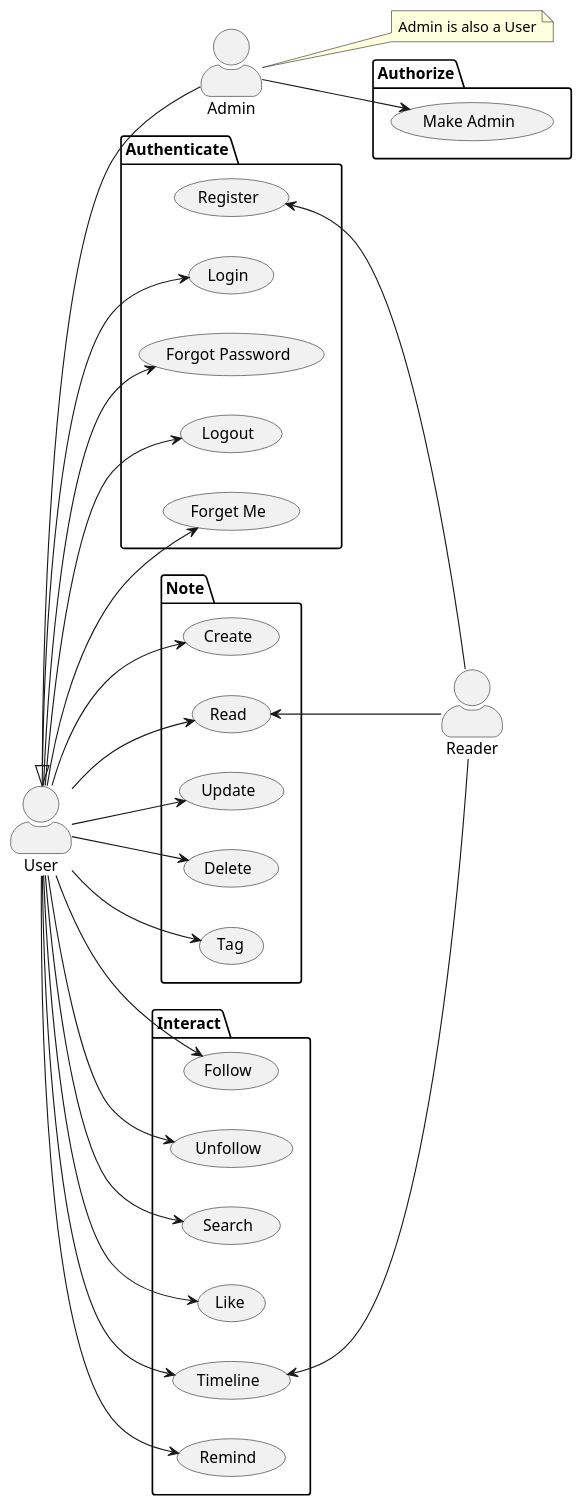
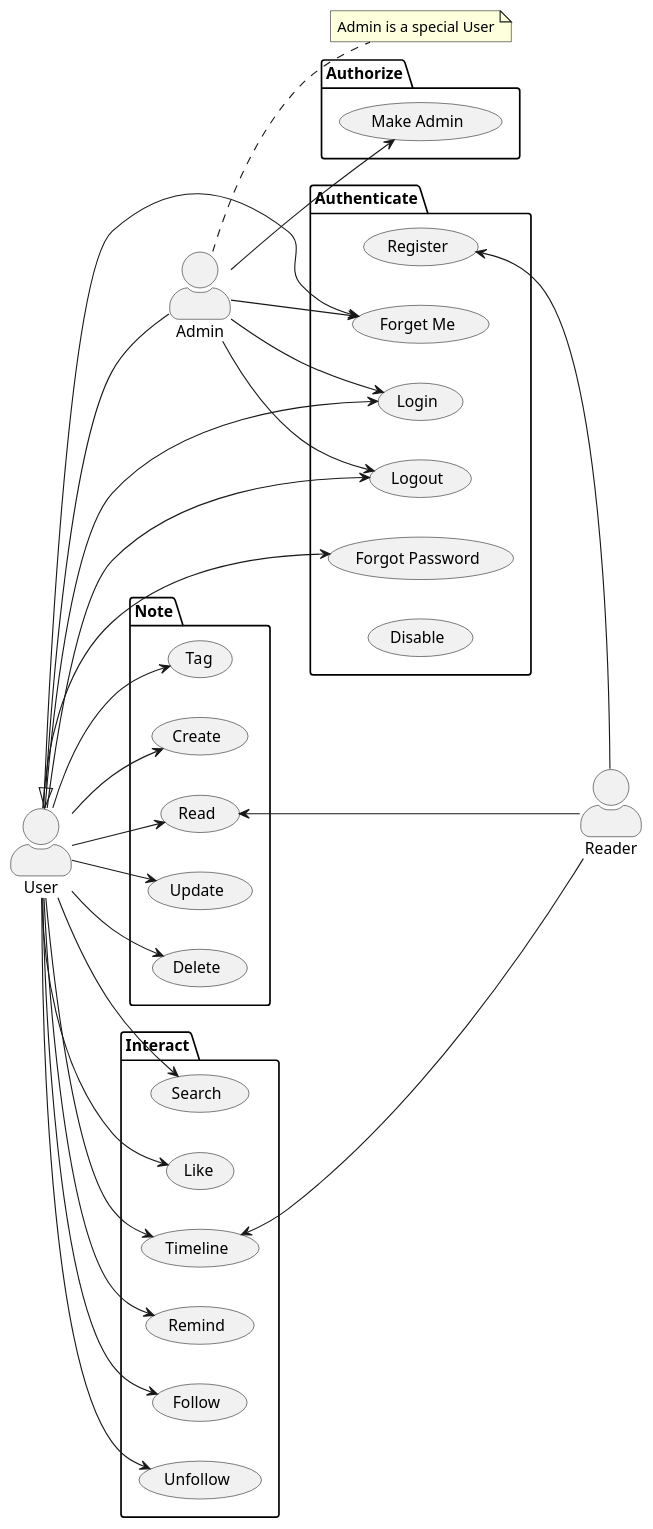
Before and after one commit to jvorhauer/noviaal: the diagram in documentatie/FO/use-cases.puml, drawn with PlantUML. The commit also changed 31 other files, not shown here.

```diff
--- a/documentatie/FO/use-cases.puml
+++ b/documentatie/FO/use-cases.puml
@@ -1,70 +1,73 @@
 @startuml
 
 skinparam actorStyle awesome
 
 left to right direction
 
 actor User as u
 actor Admin as a
 actor Reader as r
 
-note right of a : Admin is also a User
+note right of a : Admin is a special User
 
 u <|-- a
 
 package Authenticate {
   usecase "Register" as AC1
   usecase "Login" as AC2
   usecase "Forgot Password" as AC3
   usecase "Logout" as AC4
   usecase "Forget Me" as AC5
+  usecase "Disable" as AC6
 }
 
 u --> AC2
 u --> AC3
 u --> AC4
 u --> AC5
-
 AC1 <-- r
+a --> AC5
+a --> AC2
+a --> AC4
 
 package Authorize {
   usecase "Make Admin" as RC1
 }
 
 a --> RC1
 
 package Note {
   usecase "Create" as NC1
   usecase "Read" as NC2
   usecase "Update" as NC3
   usecase "Delete" as NC4
   usecase "Tag" as NC5
 }
 
 u --> NC1
 u --> NC2
 u --> NC3
 u --> NC4
 u --> NC5
 
 NC2 <-- r
 
 package Interact {
   usecase "Follow" as IC1
   usecase "Unfollow" as IC2
   usecase "Search" as IC3
   usecase "Like" as IC4
   usecase "Timeline" as IC5
   usecase "Remind" as IC6
 }
 
 u --> IC1
 u --> IC2
 u --> IC3
 u --> IC4
 u --> IC5
 u --> IC6
 
 IC5 <-- r
 
 @enduml
```
